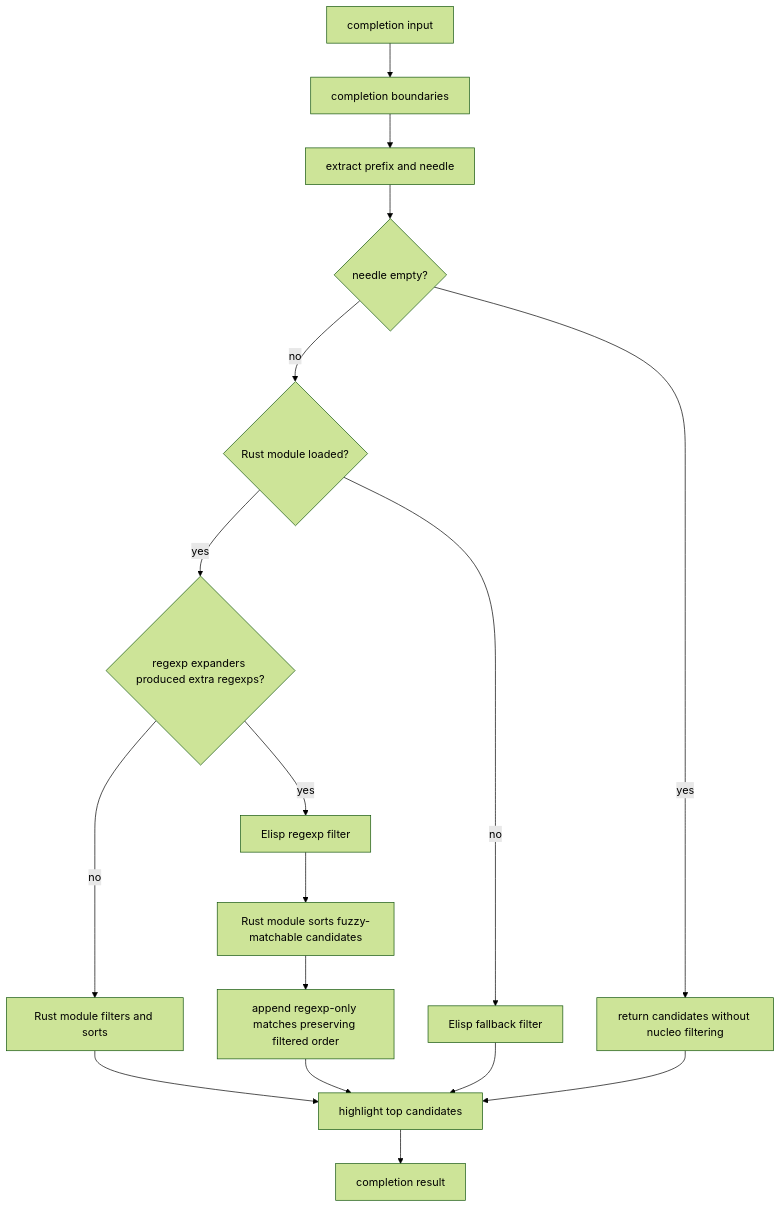
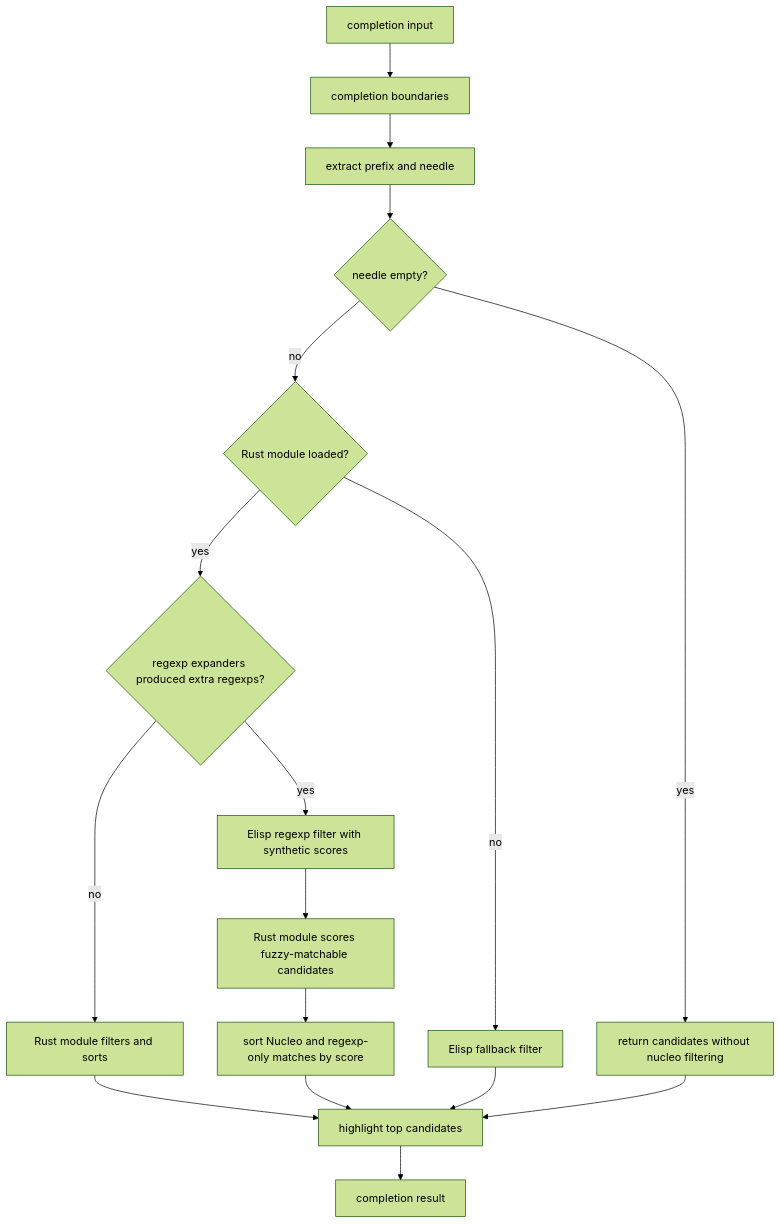
The diagram in spec/nucleo-completion.org (kn66/nucleo-completion.el), drawn with Mermaid (forest theme) before and after one commit. The commit also changed other lines of this file and 3 other files, not shown here.

Commit message:
Score regexp-only completion matches

```diff
--- a/spec/nucleo-completion.org
+++ b/spec/nucleo-completion.org
@@ -98,19 +98,19 @@
 #+begin_src mermaid
   flowchart TD
       A[completion input] --> B[completion boundaries]
       B --> C[extract prefix and needle]
       C --> D{needle empty?}
       D -->|yes| E[return candidates without nucleo filtering]
       D -->|no| F{Rust module loaded?}
       F -->|yes| G{regexp expanders produced extra regexps?}
-      G -->|yes| H[Elisp regexp filter]
-      H --> I[Rust module sorts fuzzy-matchable candidates]
-      I --> J[append regexp-only matches preserving filtered order]
+      G -->|yes| H[Elisp regexp filter with synthetic scores]
+      H --> I[Rust module scores fuzzy-matchable candidates]
+      I --> J[sort Nucleo and regexp-only matches by score]
       G -->|no| K[Rust module filters and sorts]
       F -->|no| L[Elisp fallback filter]
       K --> M[highlight top candidates]
       J --> M
       L --> M
       E --> M
       M --> N[completion result]
 #+end_src
```
